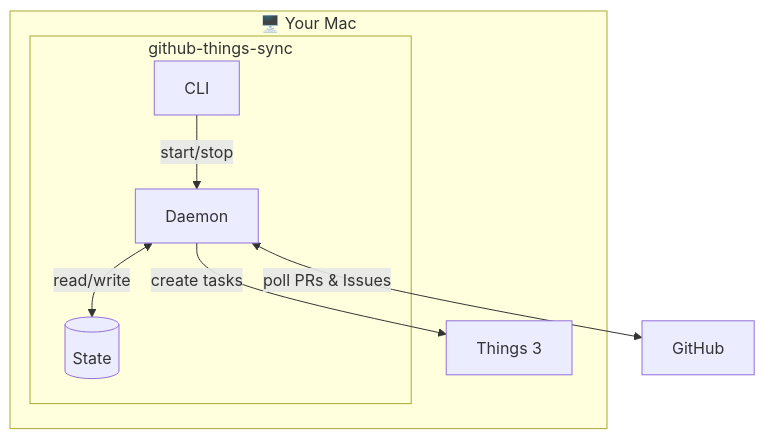
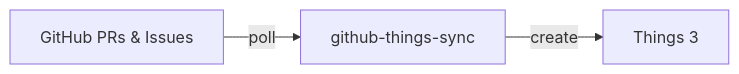
One commit to yungweng/github-things-sync changed the diagram in README.md. Above: the diagram before and after it, drawn with Mermaid. The commit also changed other lines of this file and 3 other files, not shown here.

````diff
--- a/README.md
+++ b/README.md
@@ -80,18 +5,4 @@
 ```mermaid
-flowchart TB
-    subgraph mac["🖥️ Your Mac"]
-        subgraph app["github-things-sync"]
-            CLI[CLI]
-            Daemon[Daemon]
-            State[(State)]
-        end
-        Things[Things 3]
-    end
-
-    GitHub[GitHub]
-
-    CLI -->|start/stop| Daemon
-    Daemon <-->|read/write| State
-    Daemon -->|create tasks| Things
-    Daemon <-->|poll PRs & Issues| GitHub
+flowchart LR
+    GitHub[GitHub PRs & Issues] -->|poll| App[github-things-sync] -->|create| Things[Things 3]
 ```
````
